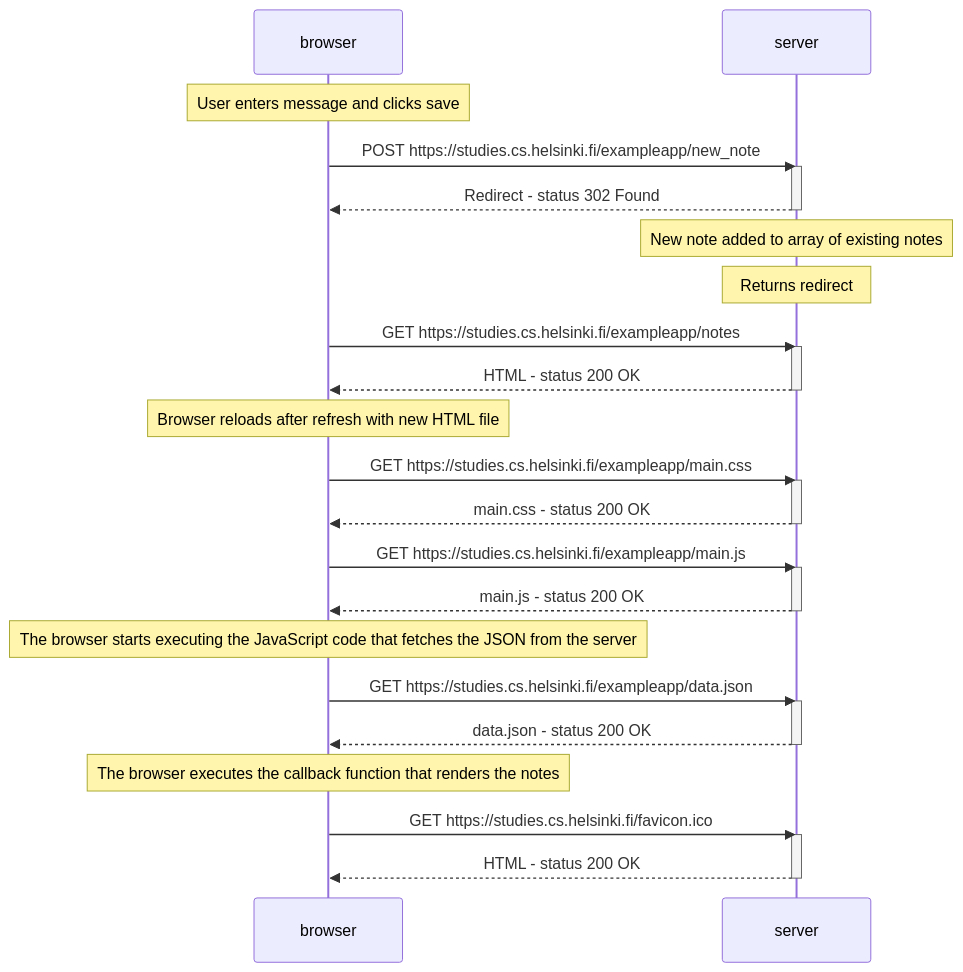
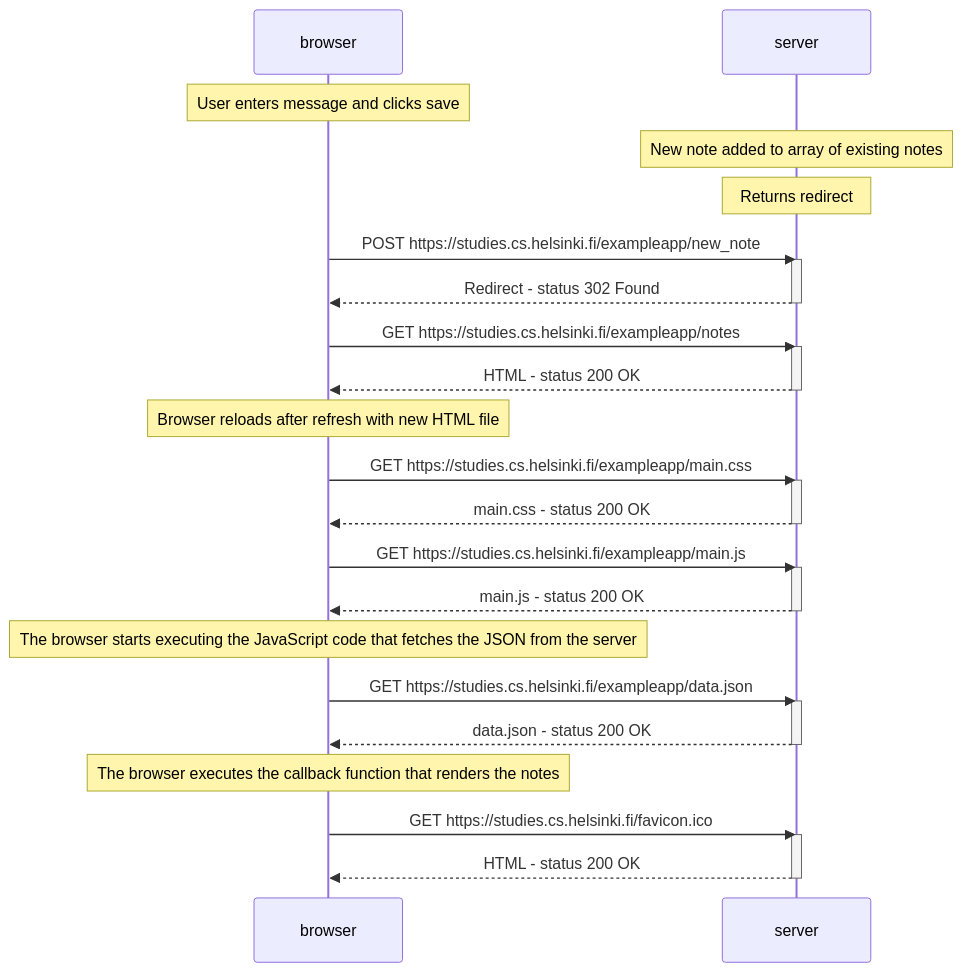
One commit to joekbullard/helsinki-mooc changed the diagram in part0/0.4.md. Above: the diagram before and after it, drawn with Mermaid.

````diff
--- a/part0/0.4.md
+++ b/part0/0.4.md
@@ -1,48 +1,48 @@
 ```mermaid
 sequenceDiagram
     participant browser
     participant server
     
     Note over browser: User enters message and clicks save
     
+    Note over server: New note added to array of existing notes
+    
+    Note over server: Returns redirect
+    
     browser->>server: POST https://studies.cs.helsinki.fi/exampleapp/new_note
     activate server
     server-->>browser: Redirect - status 302 Found
     deactivate server
-    
-    Note over server: New note added to array of existing notes
-    
-    Note over server: Returns redirect
-    
+
     browser->>server: GET https://studies.cs.helsinki.fi/exampleapp/notes
     activate server
     server-->>browser: HTML - status 200 OK
     deactivate server
     
     Note over browser: Browser reloads after refresh with new HTML file
     
     browser->>server: GET https://studies.cs.helsinki.fi/exampleapp/main.css
     activate server
     server-->>browser: main.css - status 200 OK
     deactivate server
 
     browser->>server: GET https://studies.cs.helsinki.fi/exampleapp/main.js
     activate server
     server-->>browser: main.js - status 200 OK
     deactivate server
     
     Note over browser: The browser starts executing the JavaScript code that fetches the JSON from the server
     
     browser->>server: GET https://studies.cs.helsinki.fi/exampleapp/data.json
     activate server
     server-->>browser: data.json - status 200 OK
     deactivate server
     
     Note over browser: The browser executes the callback function that renders the notes
     
     browser->>server: GET https://studies.cs.helsinki.fi/favicon.ico
     activate server
     server-->>browser: HTML - status 200 OK
     deactivate server
 
 ```    
````
